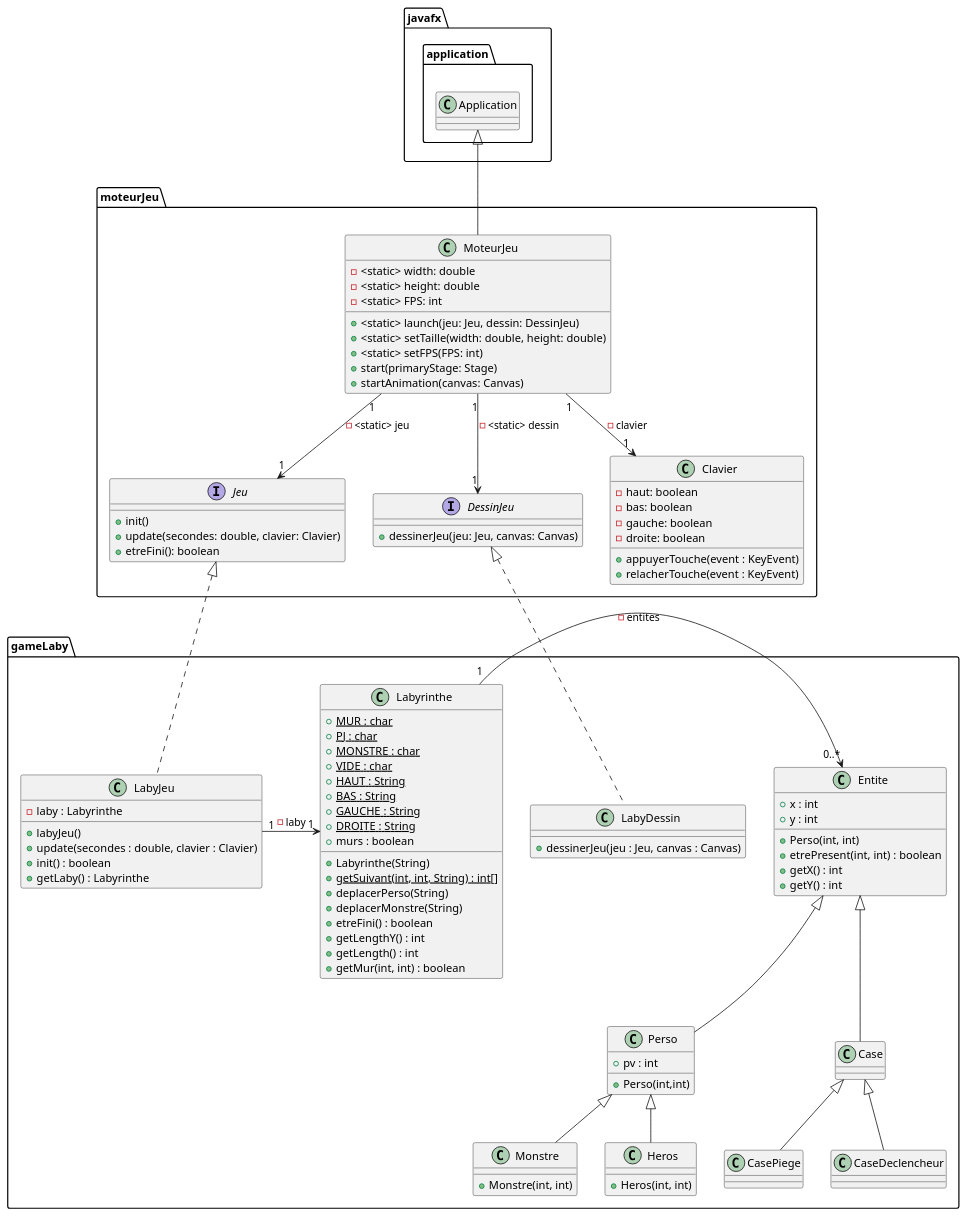
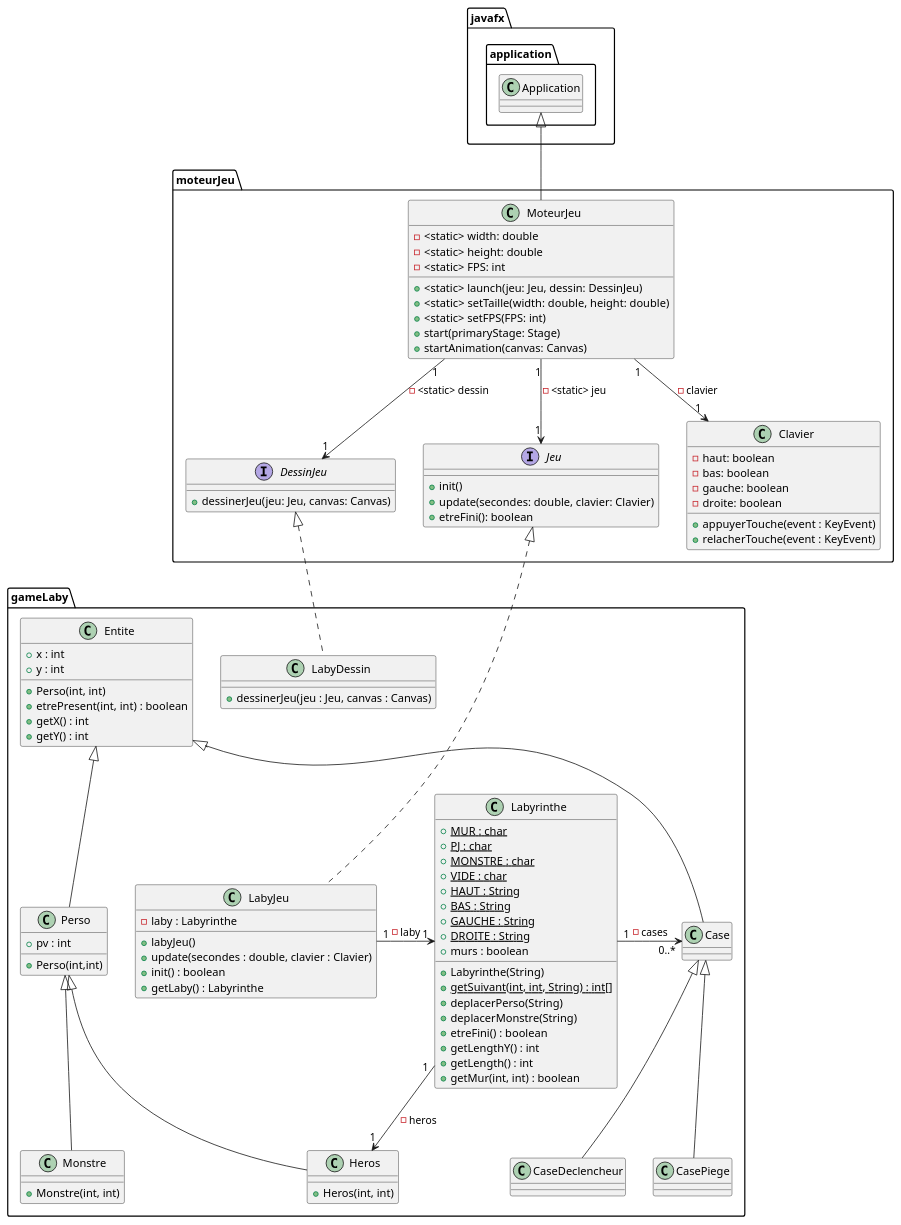
The diagram in documents/version_3/nouvelleConceptionEntites.puml (Stephane-Lpt/SAE_2.01_Zeldiablo), drawn with PlantUML before and after one commit. The commit also changed 2 other files, not shown here.

Commit message:
Factorisation des deux arraylists de Cases pieges et declencheurs en une seule pour plus de simplicité

```diff
--- a/documents/version_3/nouvelleConceptionEntites.puml
+++ b/documents/version_3/nouvelleConceptionEntites.puml
@@ -1,142 +1,143 @@
 @startuml
 
 package javafx.application{
 class Application{
 }
 }
 
 
 package moteurJeu{
 
 class MoteurJeu{
 - <static> width: double
 - <static> height: double
 - <static> FPS: int
 + <static> launch(jeu: Jeu, dessin: DessinJeu)
 + <static> setTaille(width: double, height: double)
 + <static> setFPS(FPS: int)
 + start(primaryStage: Stage)
 + startAnimation(canvas: Canvas)
 }
 
 Application <|-- MoteurJeu
 
 
 
 interface Jeu{
 + init()
 + update(secondes: double, clavier: Clavier)
 + etreFini(): boolean
 }
 
 MoteurJeu "1" --> "1" Jeu : - <static> jeu
 
 
 interface DessinJeu{
 + dessinerJeu(jeu: Jeu, canvas: Canvas)
 }
 
 MoteurJeu "1" --> "1" DessinJeu : - <static> dessin
 
 class Clavier{
 - haut: boolean
 - bas: boolean
 - gauche: boolean
 - droite: boolean
 + appuyerTouche(event : KeyEvent)
 + relacherTouche(event : KeyEvent)
 }
 
 MoteurJeu "1" --> "1" Clavier : - clavier
 }
 
 package gameLaby{
 
 class LabyJeu{
 - laby : Labyrinthe
 + labyJeu()
 + update(secondes : double, clavier : Clavier)
 + init() : boolean
 + getLaby() : Labyrinthe
 }
 Jeu <|.. LabyJeu
 
 class LabyDessin{
 + dessinerJeu(jeu : Jeu, canvas : Canvas)
 
 
 
 }
 
 class Labyrinthe{
     + {static} MUR : char
     + {static} PJ : char
     + {static} MONSTRE : char
     + {static} VIDE : char
     + {static} HAUT : String
     + {static} BAS : String
     + {static} GAUCHE : String
     + {static} DROITE : String
     + murs : boolean
 
     + Labyrinthe(String)
     + {static} getSuivant(int, int, String) : int[]
     + deplacerPerso(String)
     + deplacerMonstre(String)
     + etreFini() : boolean
     + getLengthY() : int
     + getLength() : int
     + getMur(int, int) : boolean
 }
 
 class Entite{
     + x : int
     + y : int
     + Perso(int, int)
     + etrePresent(int, int) : boolean
     + getX() : int
     + getY() : int
 }
 
 class Perso{
     + pv : int
     + Perso(int,int)
 }
 
 class Monstre{
     + Monstre(int, int)
 }
 
 class Heros{
     + Heros(int, int)
 }
 
 class Case{
 
 }
 
 class CasePiege{
 
 }
 
 class CaseDeclencheur{
 
 }
 
-Labyrinthe "1" -> "0..*" Entite : - entites
+Labyrinthe "1" -> "0..*" Case : - cases
+Labyrinthe "1" -> "1" Heros : - heros
 LabyJeu "1" -> "1" Labyrinthe : - laby
 
 Entite <|-- Perso
 Entite <|-- Case
 Perso <|-- Monstre
 Perso <|-- Heros
 Case <|-- CaseDeclencheur
 Case <|-- CasePiege
 DessinJeu <|.. LabyDessin
 
 
 
 }
 
 
 @enduml
```
